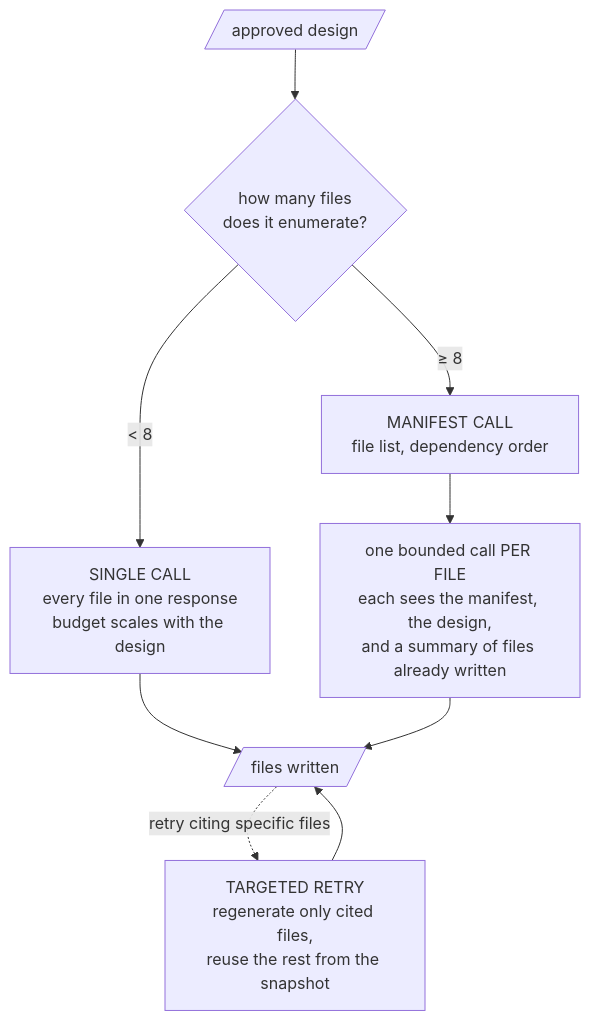
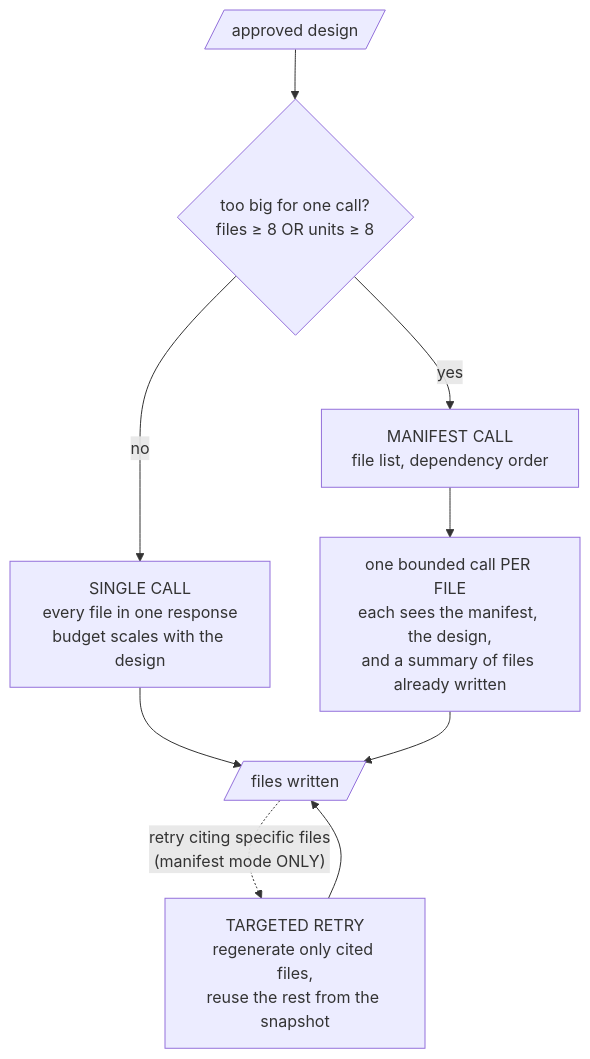
The fourth of 6 diagrams in docs/PIPELINE.md (keithmerrilliv/coding-model-server), drawn with Mermaid before and after one commit. The commit also changed other lines of this file, not shown here.

````diff
--- a/docs/PIPELINE.md
+++ b/docs/PIPELINE.md
@@ -152,11 +171,11 @@
 ```mermaid
 flowchart TD
-    D[/approved design/] --> N{"how many files<br/>does it enumerate?"}
-    N -->|"&lt; 8"| ONE["SINGLE CALL<br/>every file in one response<br/>budget scales with the design"]
-    N -->|"≥ 8"| MAN["MANIFEST CALL<br/>file list, dependency order"]
+    D[/approved design/] --> N{"too big for one call?<br/>files ≥ 8 OR units ≥ 8"}
+    N -->|"no"| ONE["SINGLE CALL<br/>every file in one response<br/>budget scales with the design"]
+    N -->|"yes"| MAN["MANIFEST CALL<br/>file list, dependency order"]
     MAN --> PF["one bounded call PER FILE<br/>each sees the manifest, the design,<br/>and a summary of files already written"]
     ONE --> OUT[/files written/]
     PF --> OUT
-    OUT -.->|"retry citing specific files"| TGT["TARGETED RETRY<br/>regenerate only cited files,<br/>reuse the rest from the snapshot"]
+    OUT -.->|"retry citing specific files<br/>(manifest mode ONLY)"| TGT["TARGETED RETRY<br/>regenerate only cited files,<br/>reuse the rest from the snapshot"]
     TGT --> OUT
 ```
````
